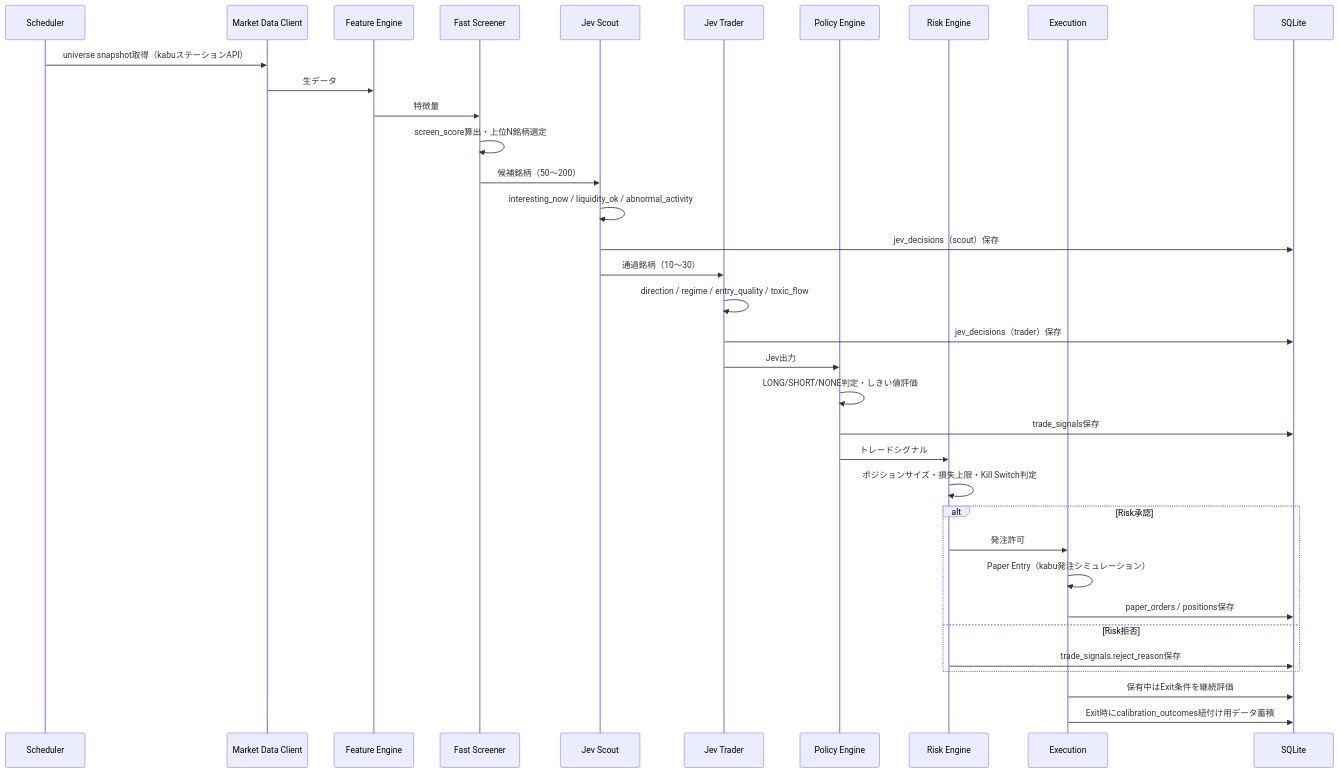
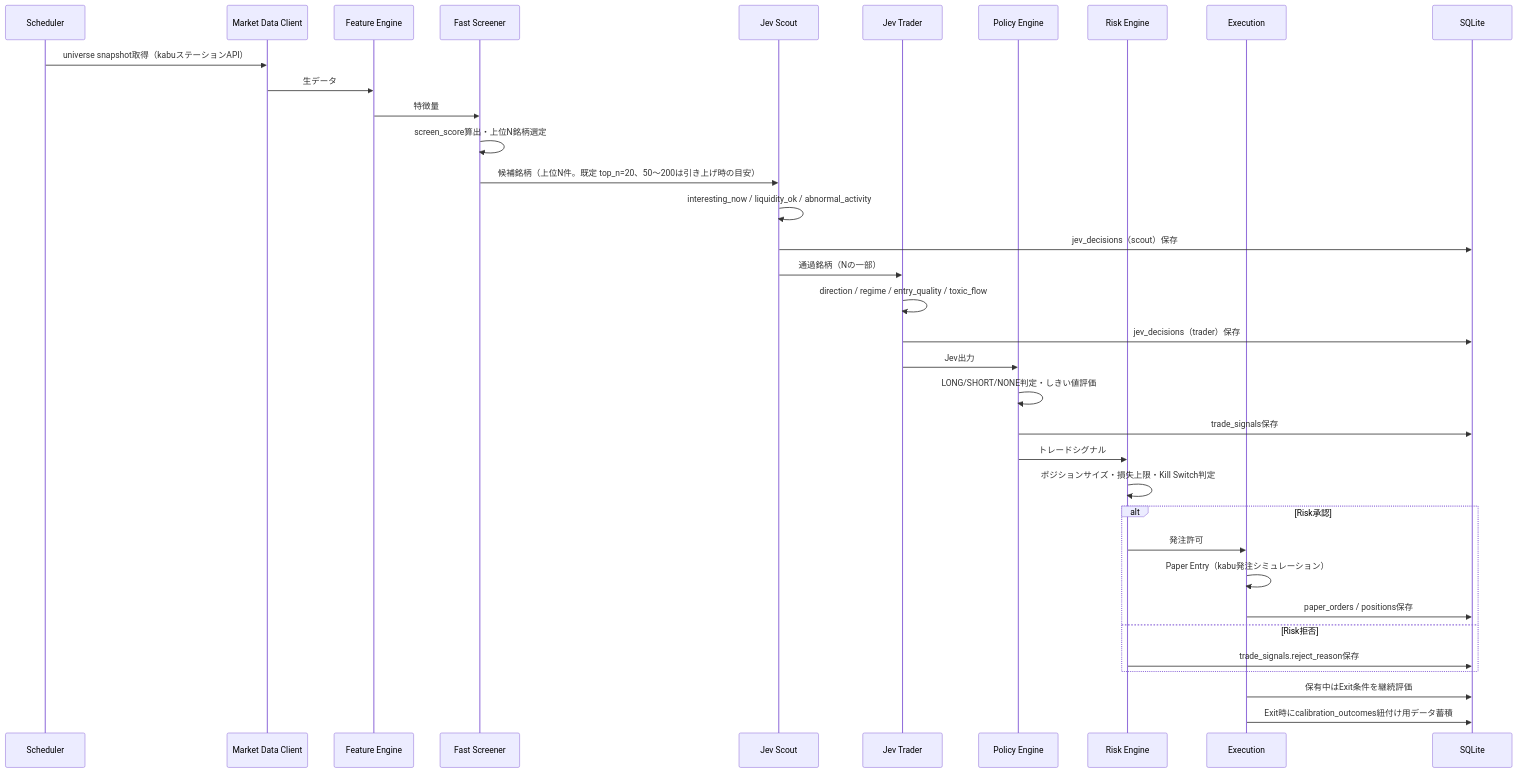
One commit to ousiassllc/pitha-trador changed the second of 3 diagrams in docs/requirements/functional.md. Above: the diagram before and after it, drawn with Mermaid. The commit also changed other lines of this file and 5 other files, not shown here.

````diff
--- a/docs/requirements/functional.md
+++ b/docs/requirements/functional.md
@@ -49,38 +49,38 @@
 ```mermaid
 sequenceDiagram
     participant SCH as Scheduler
     participant MD as Market Data Client
     participant FE as Feature Engine
     participant FS as Fast Screener
     participant JS as Jev Scout
     participant JT as Jev Trader
     participant PE as Policy Engine
     participant RE as Risk Engine
     participant EX as Execution
     participant DB as SQLite
 
     SCH->>MD: universe snapshot取得（kabuステーションAPI）
     MD->>FE: 生データ
     FE->>FS: 特徴量
     FS->>FS: screen_score算出・上位N銘柄選定
-    FS->>JS: 候補銘柄（50〜200）
+    FS->>JS: 候補銘柄（上位N件。既定 top_n=20、50〜200は引き上げ時の目安）
     JS->>JS: interesting_now / liquidity_ok / abnormal_activity
     JS->>DB: jev_decisions（scout）保存
-    JS->>JT: 通過銘柄（10〜30）
+    JS->>JT: 通過銘柄（Nの一部）
     JT->>JT: direction / regime / entry_quality / toxic_flow
     JT->>DB: jev_decisions（trader）保存
     JT->>PE: Jev出力
     PE->>PE: LONG/SHORT/NONE判定・しきい値評価
     PE->>DB: trade_signals保存
     PE->>RE: トレードシグナル
     RE->>RE: ポジションサイズ・損失上限・Kill Switch判定
     alt Risk承認
         RE->>EX: 発注許可
         EX->>EX: Paper Entry（kabu発注シミュレーション）
         EX->>DB: paper_orders / positions保存
     else Risk拒否
         RE->>DB: trade_signals.reject_reason保存
     end
     EX->>DB: 保有中はExit条件を継続評価
     EX->>DB: Exit時にcalibration_outcomes紐付け用データ蓄積
 ```
````
